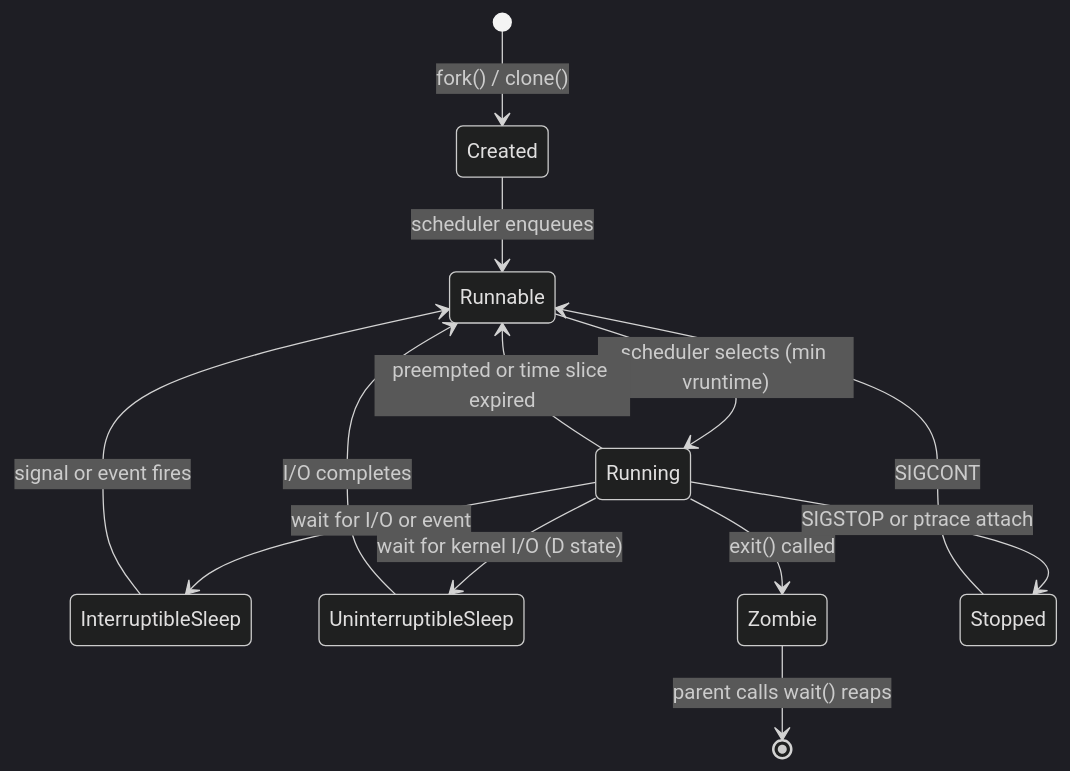
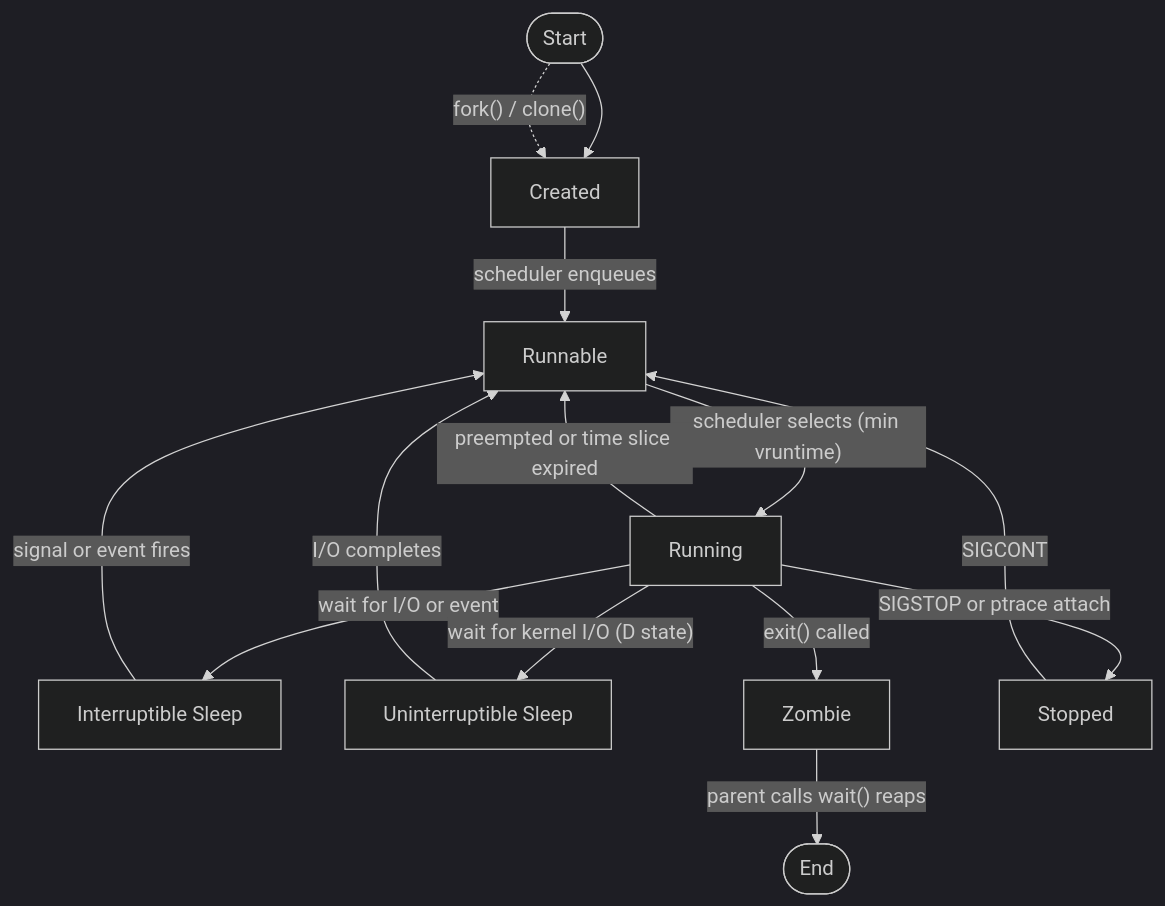
One commit to blebleblee/synapse changed the first of 7 diagrams in topics/computing/infrastructure/linux/lesson_05_system_administration.md. Above: the diagram before and after it, drawn with Mermaid (dark theme). The commit also changed other lines of this file and 1464 other files, not shown here.

Commit message:
feat(release): curriculum vector mermaid upgrade, render hardening, and master synpack

````diff
--- a/topics/computing/infrastructure/linux/lesson_05_system_administration.md
+++ b/topics/computing/infrastructure/linux/lesson_05_system_administration.md
@@ -84,15 +84,17 @@
 ```mermaid
-stateDiagram-v2
-    [*] --> Created : fork() / clone()
-    Created --> Runnable : scheduler enqueues
-    Runnable --> Running : scheduler selects (min vruntime)
-    Running --> Runnable : preempted or time slice expired
-    Running --> InterruptibleSleep : wait for I/O or event
-    Running --> UninterruptibleSleep : wait for kernel I/O (D state)
-    Running --> Zombie : exit() called
-    InterruptibleSleep --> Runnable : signal or event fires
-    UninterruptibleSleep --> Runnable : I/O completes
-    Zombie --> [*] : parent calls wait() reaps
-    Running --> Stopped : SIGSTOP or ptrace attach
-    Stopped --> Runnable : SIGCONT
+flowchart TD
+    Start(["Start"]) --> Created["Created"]
+    Created -->|"scheduler enqueues"| Runnable["Runnable"]
+    Runnable -->|"scheduler selects (min vruntime)"| Running["Running"]
+    Running -->|"preempted or time slice expired"| Runnable
+    Running -->|"wait for I/O or event"| InterruptibleSleep["Interruptible Sleep"]
+    Running -->|"wait for kernel I/O (D state)"| UninterruptibleSleep["Uninterruptible Sleep"]
+    Running -->|"exit() called"| Zombie["Zombie"]
+    InterruptibleSleep -->|"signal or event fires"| Runnable
+    UninterruptibleSleep -->|"I/O completes"| Runnable
+    Zombie -->|"parent calls wait() reaps"| End(["End"])
+    Running -->|"SIGSTOP or ptrace attach"| Stopped["Stopped"]
+    Stopped -->|"SIGCONT"| Runnable
+    
+    Start -.->|"fork() / clone()"| Created
 ```
````
